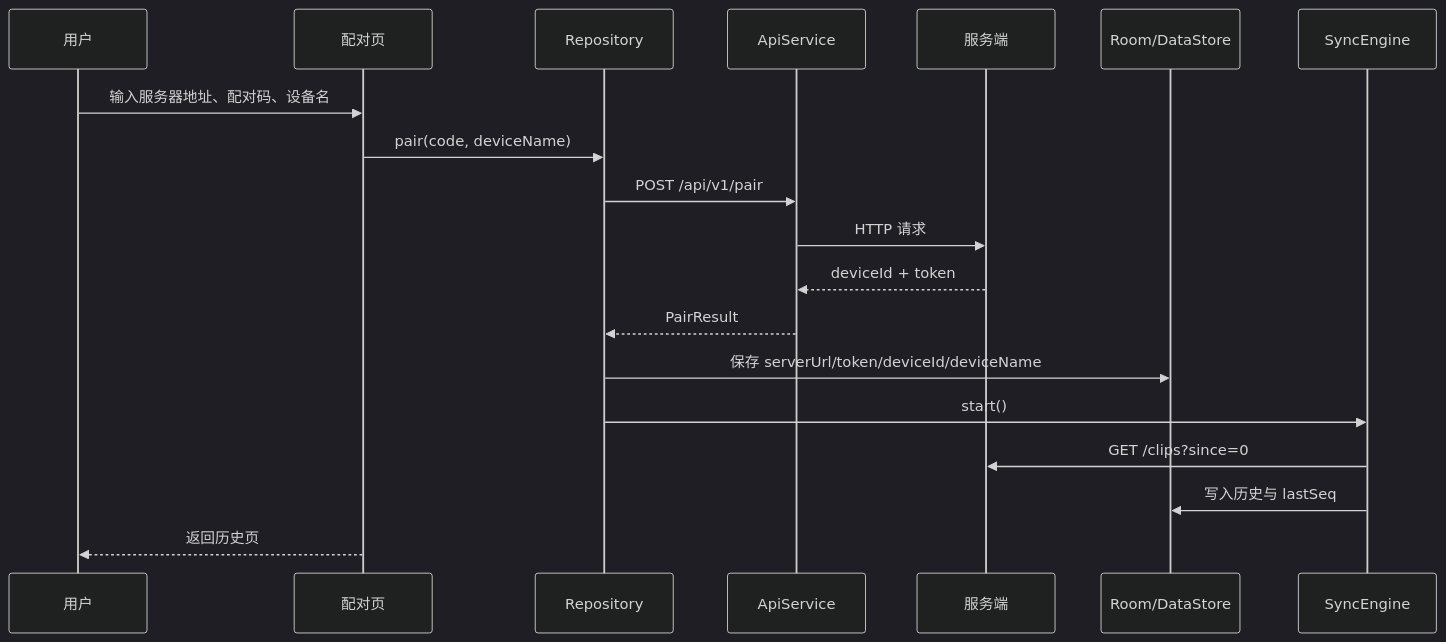
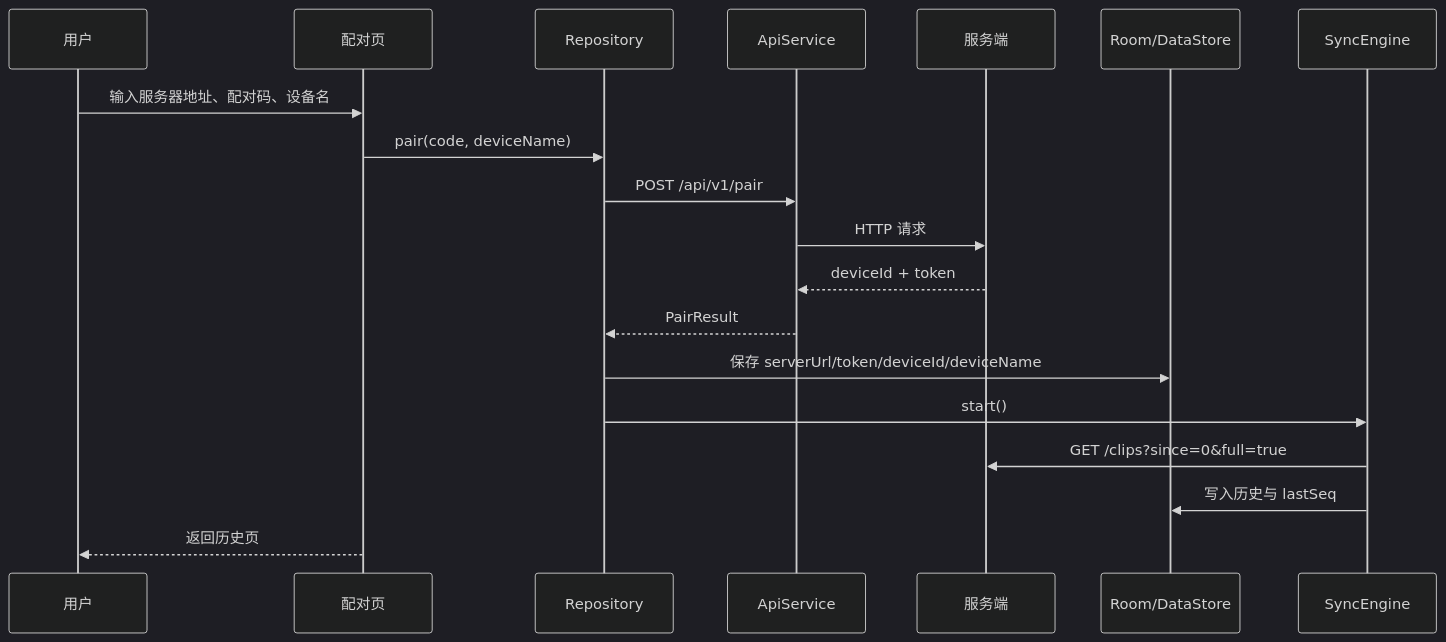
The fourth of 13 diagrams in docs/客户端技术架构.md (xingfengwxx/Clipbox), drawn with Mermaid (dark theme) before and after one commit. The commit also changed other lines of this file and 19 other files, not shown here.

````diff
--- a/docs/客户端技术架构.md
+++ b/docs/客户端技术架构.md
@@ -781,22 +783,22 @@
 ```mermaid
 sequenceDiagram
     participant U as 用户
     participant UI as 配对页
     participant R as Repository
     participant A as ApiService
     participant S as 服务端
     participant DB as Room/DataStore
     participant Sync as SyncEngine
 
     U->>UI: 输入服务器地址、配对码、设备名
     UI->>R: pair(code, deviceName)
     R->>A: POST /api/v1/pair
     A->>S: HTTP 请求
     S-->>A: deviceId + token
     A-->>R: PairResult
     R->>DB: 保存 serverUrl/token/deviceId/deviceName
     R->>Sync: start()
-    Sync->>S: GET /clips?since=0
+    Sync->>S: GET /clips?since=0&full=true
     Sync->>DB: 写入历史与 lastSeq
     UI-->>U: 返回历史页
 ```
````
